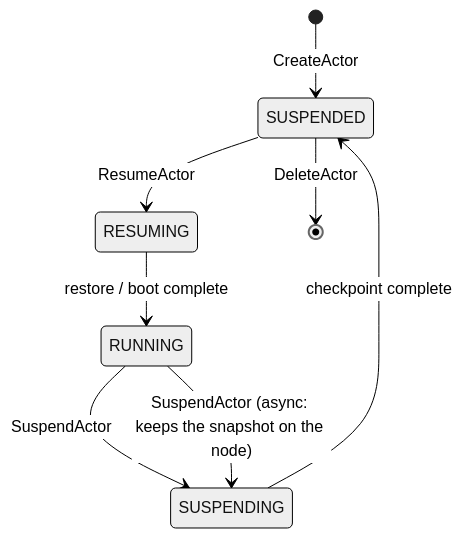
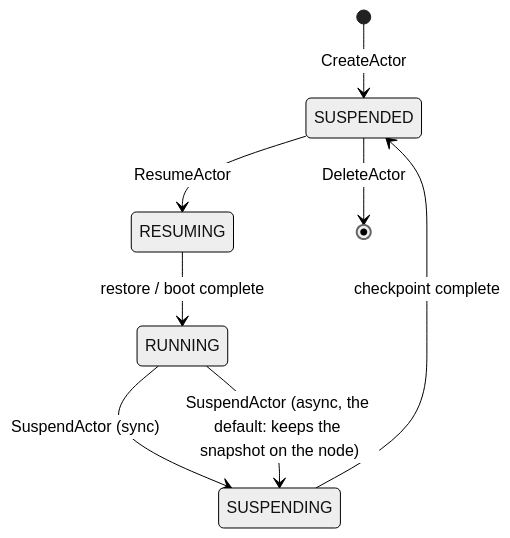
One commit to agent-substrate/substrate changed the third of 3 diagrams in docs/architecture.md. Above: the diagram before and after it, drawn with Mermaid (neutral theme). The commit also changed other lines of this file and 6 other files, not shown here.

First line of the commit message:
kubectl-ate: Add --mode to suspend actor, defaulting to async

````diff
--- a/docs/architecture.md
+++ b/docs/architecture.md
@@ -417,10 +417,10 @@
 ```mermaid
 stateDiagram-v2
     [*] --> SUSPENDED : CreateActor
     SUSPENDED --> RESUMING : ResumeActor
     RESUMING --> RUNNING : restore / boot complete
-    RUNNING --> SUSPENDING : SuspendActor
+    RUNNING --> SUSPENDING : SuspendActor (sync)
     SUSPENDING --> SUSPENDED : checkpoint complete
-    RUNNING --> SUSPENDING : SuspendActor (async: keeps the snapshot on the node)
+    RUNNING --> SUSPENDING : SuspendActor (async, the default: keeps the snapshot on the node)
     SUSPENDED --> [*] : DeleteActor
 ```
````
